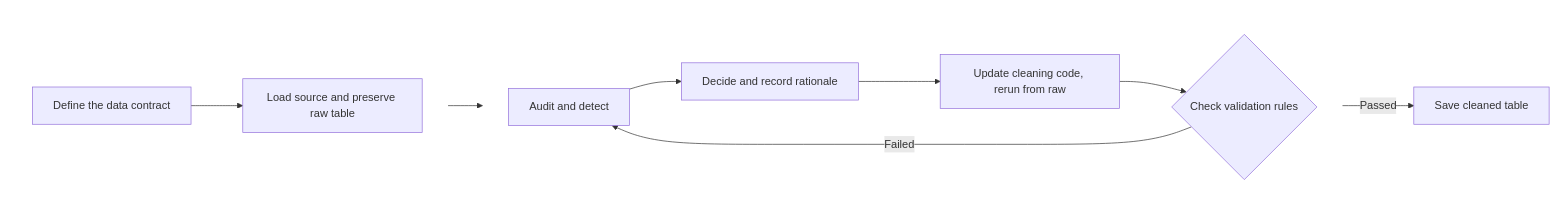
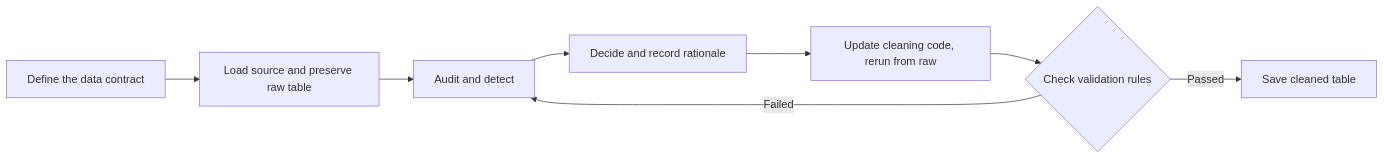
Before and after one commit to christopherseaman/datasci_217: the diagram in 05/README.md, drawn with Mermaid.

Commit message:
docs: drop subgraphs from the Lecture 05 pipeline diagram

````diff
--- a/05/README.md
+++ b/05/README.md
@@ -766,16 +766,7 @@
 ```mermaid
 graph LR
-    subgraph plan[" "]
-        direction LR
-        A[Define the data contract] --> B[Load source and preserve raw table]
-    end
-    subgraph clean[" "]
-        direction LR
-        C[Audit and detect] --> D[Decide and record rationale] --> E[Update cleaning code, rerun from raw] --> F{Check validation rules}
-    end
-    B --> C
+    A[Define the data contract] --> B[Load source and preserve raw table] --> C[Audit and detect]
+    C --> D[Decide and record rationale] --> E[Update cleaning code, rerun from raw] --> F{Check validation rules}
     F -->|Failed| C
     F -->|Passed| G[Save cleaned table]
-    style plan fill:none,stroke:none
-    style clean fill:none,stroke:none
 ```
````
